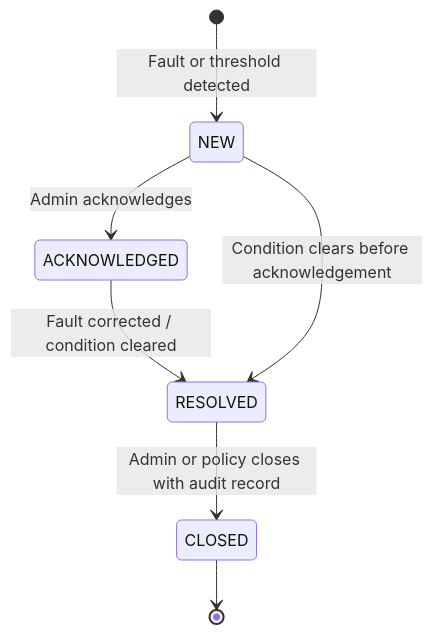
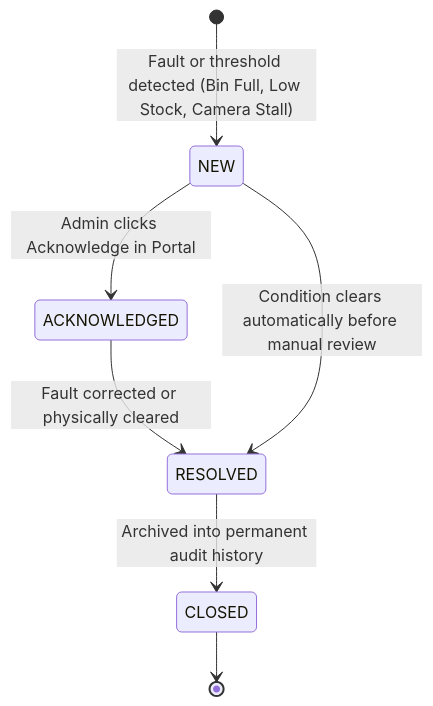
The eighth of 10 diagrams in SDDS_V5_Documents/SDDS_V5_Product_Requirements_Document.md (aswanayyappan/tech-farm-vending-machine), drawn with Mermaid before and after one commit. The commit also changed other lines of this file and 2 other files, not shown here.

Commit message:
docs: synchronize SDDS V5 PRD and Plan of Action with current web architecture

````diff
--- a/SDDS_V5_Documents/SDDS_V5_Product_Requirements_Document.md
+++ b/SDDS_V5_Documents/SDDS_V5_Product_Requirements_Document.md
@@ -822,9 +840,9 @@
 ```mermaid
 stateDiagram-v2
-    [*] --> NEW: Fault or threshold detected
-    NEW --> ACKNOWLEDGED: Admin acknowledges
-    ACKNOWLEDGED --> RESOLVED: Fault corrected / condition cleared
-    NEW --> RESOLVED: Condition clears before acknowledgement
-    RESOLVED --> CLOSED: Admin or policy closes with audit record
+    [*] --> NEW: Fault or threshold detected (Bin Full, Low Stock, Camera Stall)
+    NEW --> ACKNOWLEDGED: Admin clicks Acknowledge in Portal
+    ACKNOWLEDGED --> RESOLVED: Fault corrected or physically cleared
+    NEW --> RESOLVED: Condition clears automatically before manual review
+    RESOLVED --> CLOSED: Archived into permanent audit history
     CLOSED --> [*]
 ```
````
